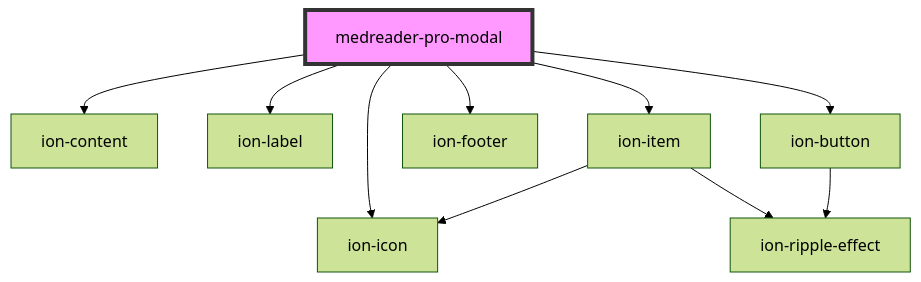
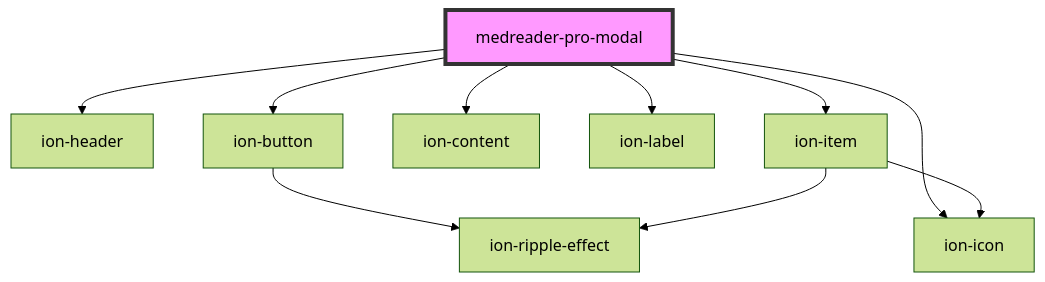
The diagram in core/src/components/@templarios/ionic-1-migracao/apostila/medreader-pro-modal/readme.md (MEDGRUPOGIT/ionic-framework-1), drawn with Mermaid (forest theme) before and after one commit. The commit also changed other lines of this file and 19 other files, not shown here.

````diff
--- a/core/src/components/@templarios/ionic-1-migracao/apostila/medreader-pro-modal/readme.md
+++ b/core/src/components/@templarios/ionic-1-migracao/apostila/medreader-pro-modal/readme.md
@@ -20,13 +20,13 @@
 ```mermaid
 graph TD;
+  medreader-pro-modal --> ion-header
+  medreader-pro-modal --> ion-button
+  medreader-pro-modal --> ion-icon
   medreader-pro-modal --> ion-content
   medreader-pro-modal --> ion-label
   medreader-pro-modal --> ion-item
-  medreader-pro-modal --> ion-icon
-  medreader-pro-modal --> ion-footer
-  medreader-pro-modal --> ion-button
+  ion-button --> ion-ripple-effect
   ion-item --> ion-icon
   ion-item --> ion-ripple-effect
-  ion-button --> ion-ripple-effect
   style medreader-pro-modal fill:#f9f,stroke:#333,stroke-width:4px
 ```
````
